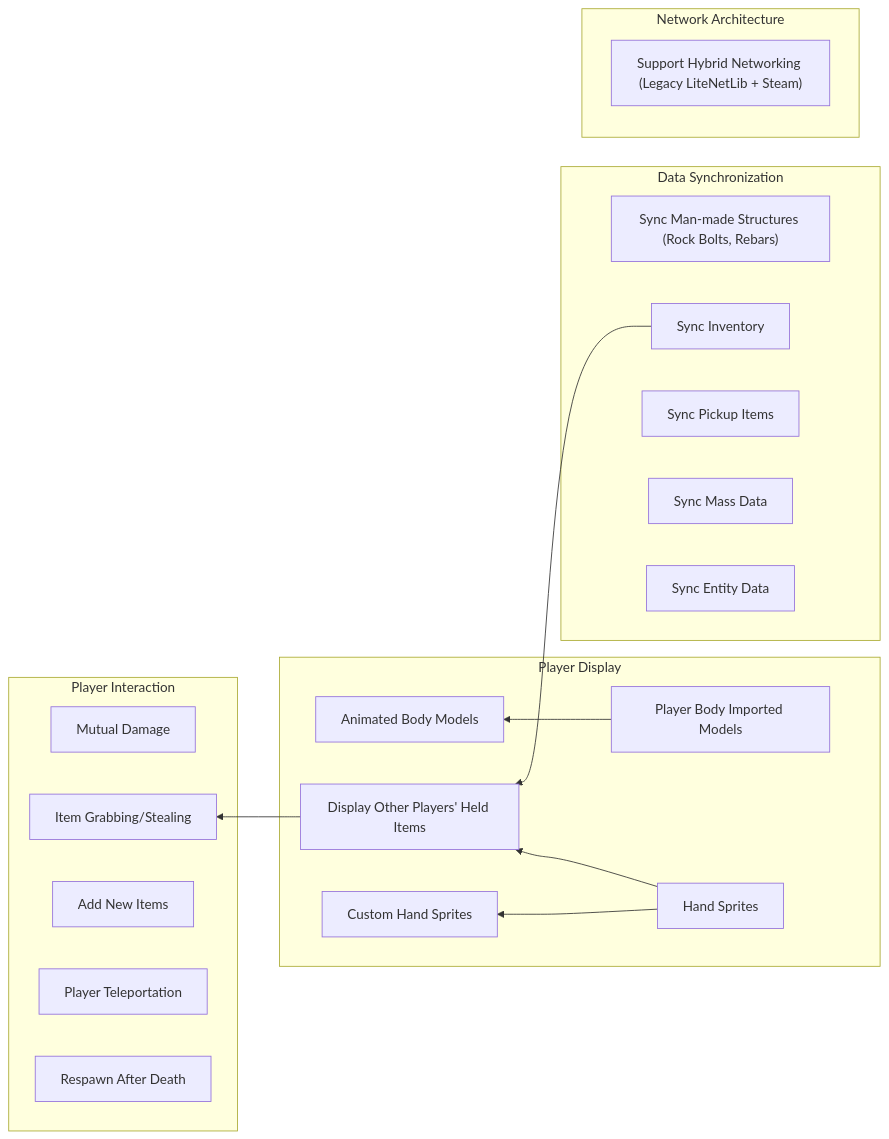
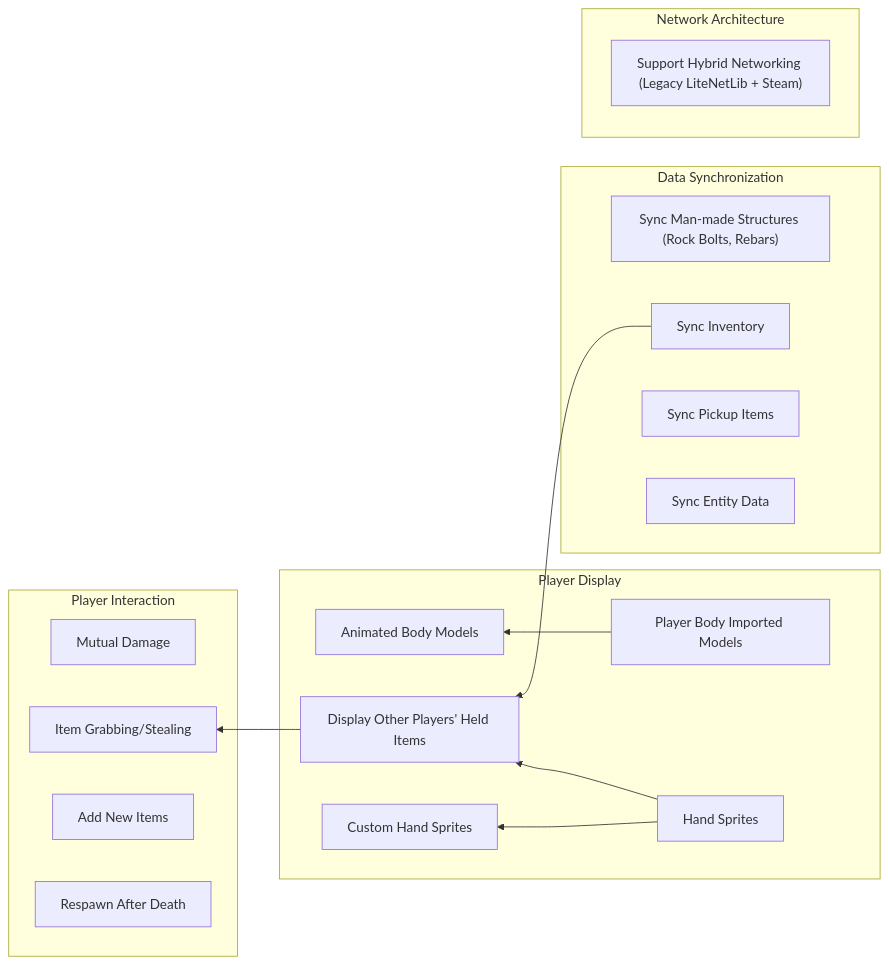
The diagram in README.md (Shen-X-L/WKMultiMod), drawn with Mermaid before and after one commit. The commit also changed 6 other files, not shown here.

````diff
--- a/README.md
+++ b/README.md
@@ -25,41 +25,39 @@
 ```mermaid
 graph RL
     %% Module 1: Player Display
     subgraph Player Display
         1a[Hand Sprites]
         1b[Player Body Imported Models]
         1c[Animated Body Models]
         1d[Display Other Players' Held Items]
         1e[Custom Hand Sprites]
     end
 
     %% Module 2: Player Interaction
     subgraph Player Interaction
         2a[Mutual Damage]
         2b[Item Grabbing/Stealing]
         2c[Add New Items]
-        2d[Player Teleportation]
         2e[Respawn After Death]
     end
 
     %% Module 3: Data Synchronization
     subgraph Data Synchronization
         3a["Sync Man-made Structures (Rock Bolts, Rebars)"]
         3b[Sync Inventory]
         3c[Sync Pickup Items]
-        3d[Sync Mass Data]
         3e[Sync Entity Data]
     end
 
     %% Module 4: Network Architecture
     subgraph Network Architecture
         4b["Support Hybrid Networking (Legacy LiteNetLib + Steam)"]
     end
 
     %% Dependency Connections (cross-module and within modules)
     1a --> 1e
     1b --> 1c
     3b --> 1d
     1a --> 1d
     1d --> 2b
 ```
````
